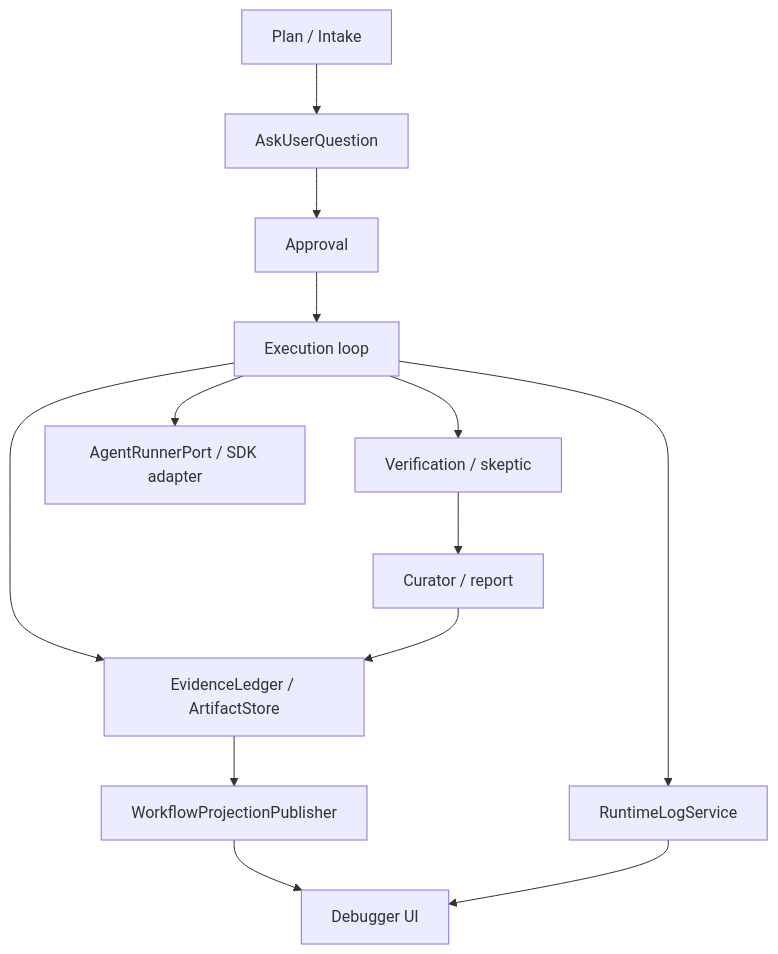
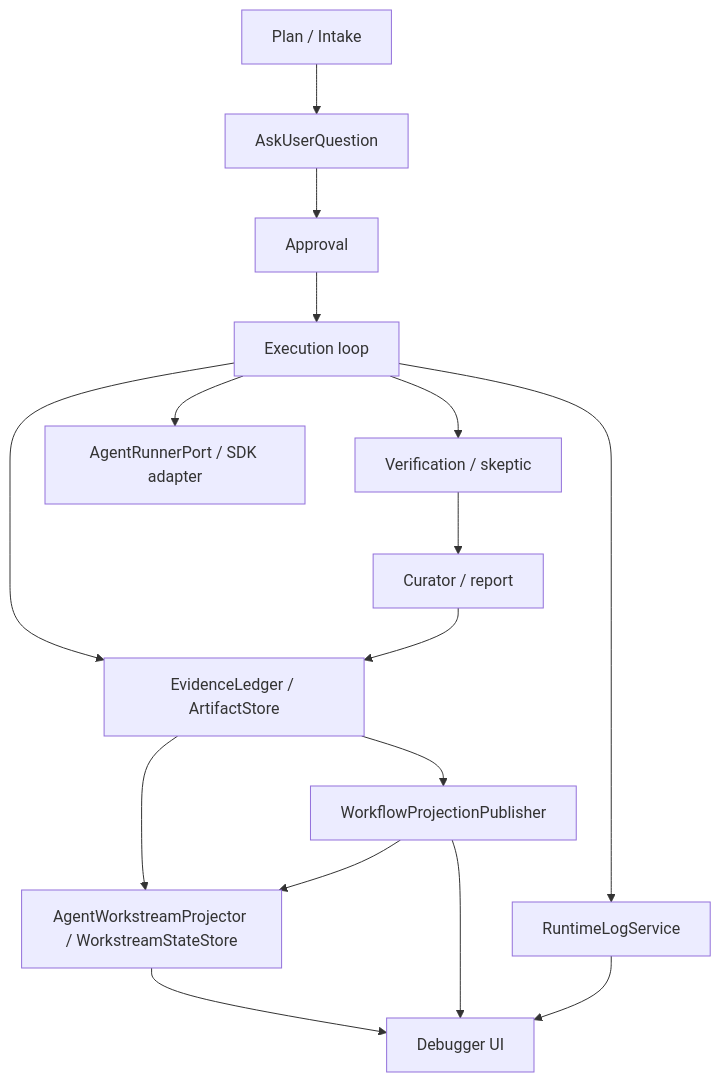
One commit to haolange/RDC-Agent changed the third of 7 diagrams in docs/architecture/data-flow.md. Above: the diagram before and after it, drawn with Mermaid. The commit also changed other lines of this file and 68 other files, not shown here.

First line of the commit message:
Introduce Agent Workstream docs and UI changes

````diff
--- a/docs/architecture/data-flow.md
+++ b/docs/architecture/data-flow.md
@@ -61,27 +61,31 @@
 ```mermaid
 flowchart TB
   Intake["Plan / Intake"]
   Questions["AskUserQuestion"]
   Approval["Approval"]
   Execution["Execution loop"]
   Verification["Verification / skeptic"]
   Curator["Curator / report"]
   AgentRunner["AgentRunnerPort / SDK adapter"]
   Projection["WorkflowProjectionPublisher"]
+  Workstream["AgentWorkstreamProjector / WorkstreamStateStore"]
   Evidence["EvidenceLedger / ArtifactStore"]
   Activity["RuntimeLogService"]
   UI["Debugger UI"]
 
   Intake --> Questions
   Questions --> Approval
   Approval --> Execution
   Execution --> AgentRunner
   Execution --> Verification
   Verification --> Curator
   Execution --> Evidence
   Curator --> Evidence
   Evidence --> Projection
+  Evidence --> Workstream
+  Projection --> Workstream
+  Workstream --> UI
   Execution --> Activity
   Projection --> UI
   Activity --> UI
 ```
````
